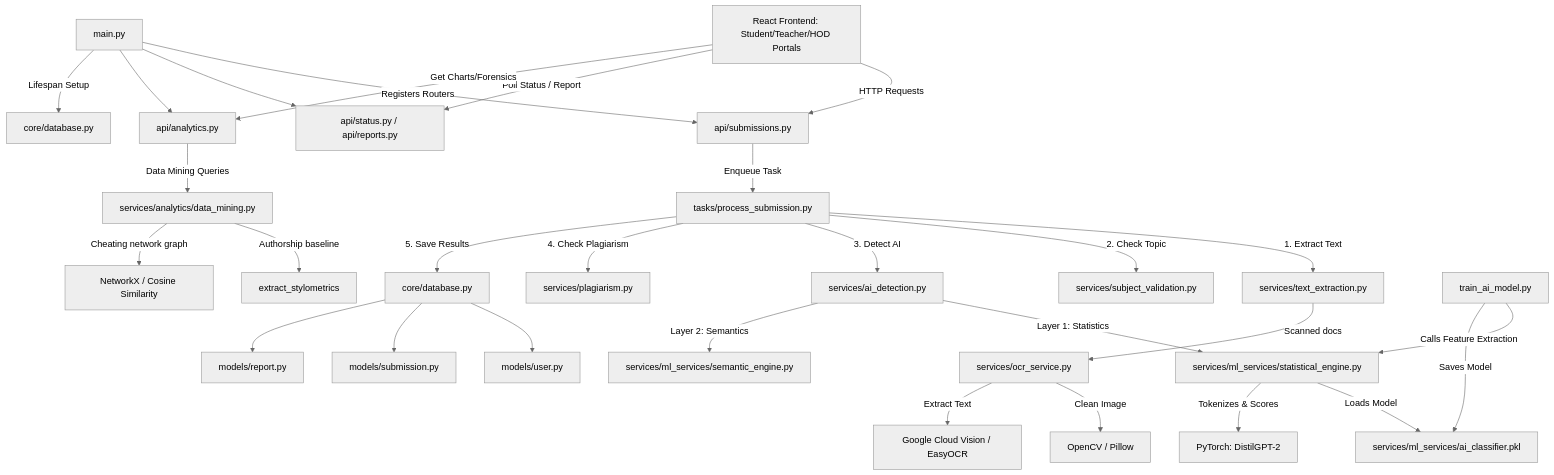
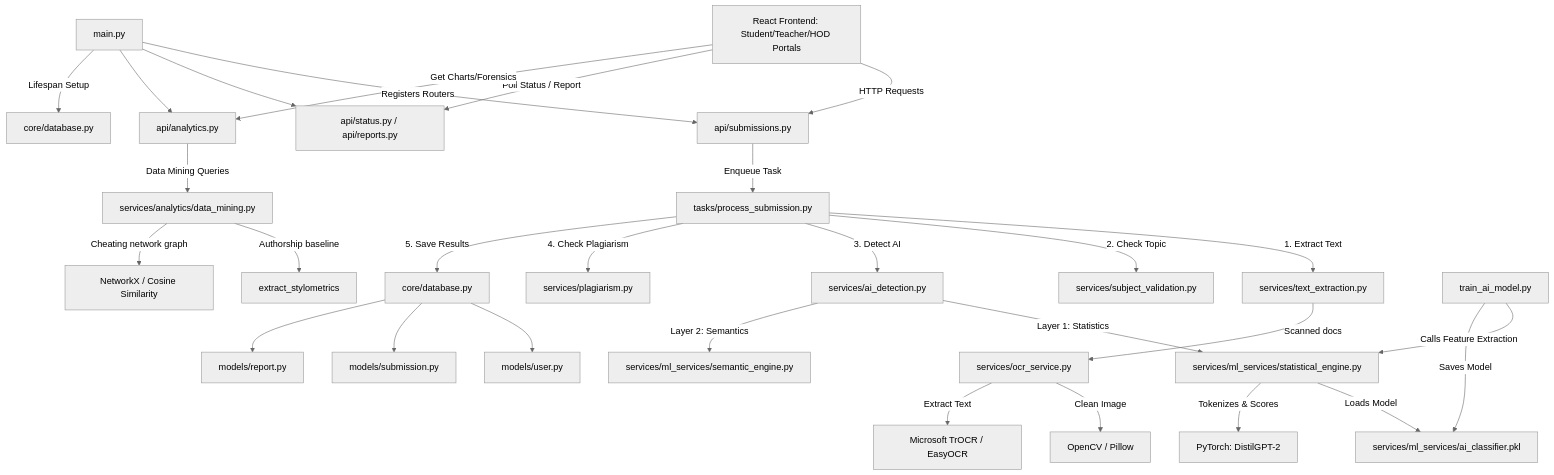
The first of 2 diagrams in ged_integration_audit.md (kaustubbbhhhh/AI-based-Assignment-Plagiarism-Detector), drawn with Mermaid (neutral theme) before and after one commit. The commit also changed other lines of this file and 76 other files, not shown here.

````diff
--- a/ged_integration_audit.md
+++ b/ged_integration_audit.md
@@ -62,45 +62,45 @@
 ```mermaid
 graph TD
     %% Portals / UI
     UI[React Frontend: Student/Teacher/HOD Portals] -->|HTTP Requests| API_Submit[api/submissions.py]
     UI -->|Poll Status / Report| API_Status[api/status.py / api/reports.py]
     UI -->|Get Charts/Forensics| API_Analytics[api/analytics.py]
     
     %% Backend App Setup
     Main[main.py] -->|Registers Routers| API_Submit
     Main --> API_Status
     Main --> API_Analytics
     Main -->|Lifespan Setup| DB_Engine[core/database.py]
     
     %% Submission & Asynchronous Workers
     API_Submit -->|Enqueue Task| Celery[tasks/process_submission.py]
     Celery -->|1. Extract Text| Extraction[services/text_extraction.py]
     Extraction -->|Scanned docs| OCR[services/ocr_service.py]
     OCR -->|Clean Image| OpenCV[OpenCV / Pillow]
-    OCR -->|Extract Text| CloudVision[Google Cloud Vision / EasyOCR]
+    OCR -->|Extract Text| TrOCR_Engine[Microsoft TrOCR / EasyOCR]
     
     Celery -->|2. Check Topic| Subject_Val[services/subject_validation.py]
     Celery -->|3. Detect AI| AI_Detect[services/ai_detection.py]
     Celery -->|4. Check Plagiarism| Plag_Service[services/plagiarism.py]
     Celery -->|5. Save Results| DB_Session[core/database.py]
     
     %% Core NLP Engines
     AI_Detect -->|Layer 1: Statistics| Stat_Eng[services/ml_services/statistical_engine.py]
     AI_Detect -->|Layer 2: Semantics| Sem_Eng[services/ml_services/semantic_engine.py]
     Stat_Eng -->|Loads Model| Classifier[services/ml_services/ai_classifier.pkl]
     Stat_Eng -->|Tokenizes & Scores| PyTorch[PyTorch: DistilGPT-2]
     
     %% Analytics Engine
     API_Analytics -->|Data Mining Queries| Forensic[services/analytics/data_mining.py]
     Forensic -->|Authorship baseline| Stylometrics[extract_stylometrics]
     Forensic -->|Cheating network graph| NetworkX[NetworkX / Cosine Similarity]
     
     %% Training Script
     Train[train_ai_model.py] -->|Calls Feature Extraction| Stat_Eng
     Train -->|Saves Model| Classifier
     
     %% Database Models
     DB_Session --> User[models/user.py]
     DB_Session --> Sub[models/submission.py]
     DB_Session --> Rep[models/report.py]
 ```
````
